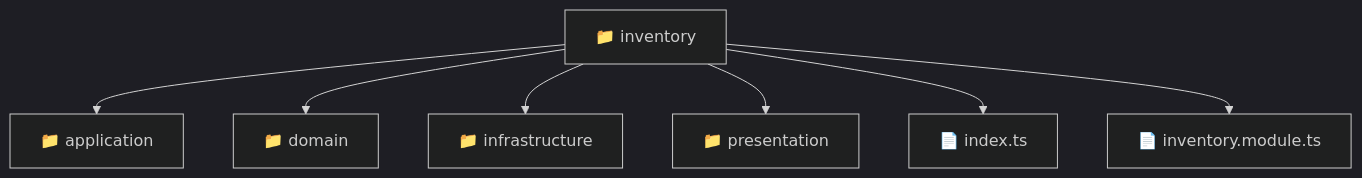
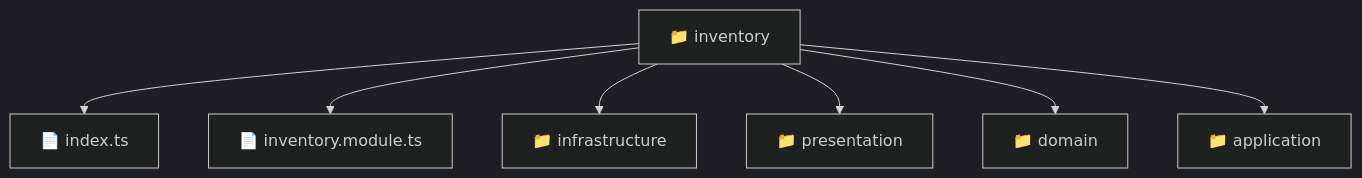
Before and after one commit to beginwebdev2002/fullstack-mavluda: the diagram in backend/src/modules/inventory/README.md, drawn with Mermaid (dark theme). The commit also changed other lines of this file and 164 other files, not shown here.

First line of the commit message:
docs: generate robust autonomous architectural documentation

````diff
--- a/backend/src/modules/inventory/README.md
+++ b/backend/src/modules/inventory/README.md
@@ -9,10 +11,10 @@
 ```mermaid
 graph TD
-  Root["📁 inventory"]
-  Root --> application["📁 application"]
-  Root --> domain["📁 domain"]
-  Root --> infrastructure["📁 infrastructure"]
-  Root --> presentation["📁 presentation"]
-  Root --> index_ts["📄 index.ts"]
-  Root --> inventory_module_ts["📄 inventory.module.ts"]
+    f_inventory["📁 inventory"]
+    f_inventory --> f_index_ts["📄 index.ts"]
+    f_inventory --> f_inventory_module_ts["📄 inventory.module.ts"]
+    f_inventory --> f_infrastructure["📁 infrastructure"]
+    f_inventory --> f_presentation["📁 presentation"]
+    f_inventory --> f_domain["📁 domain"]
+    f_inventory --> f_application["📁 application"]
 ```
````
